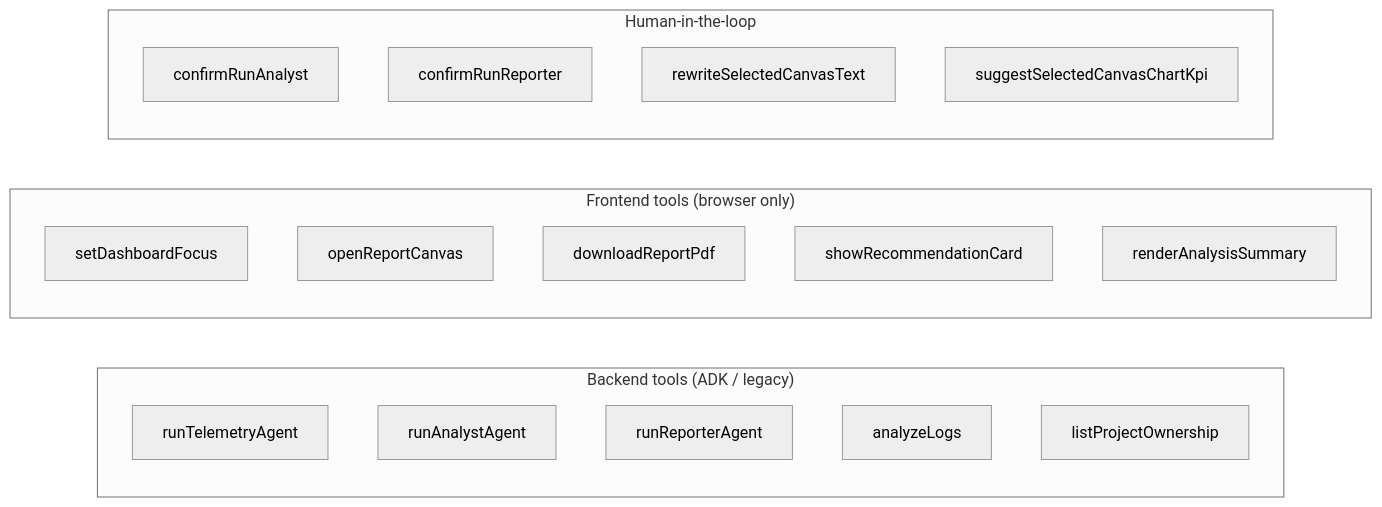
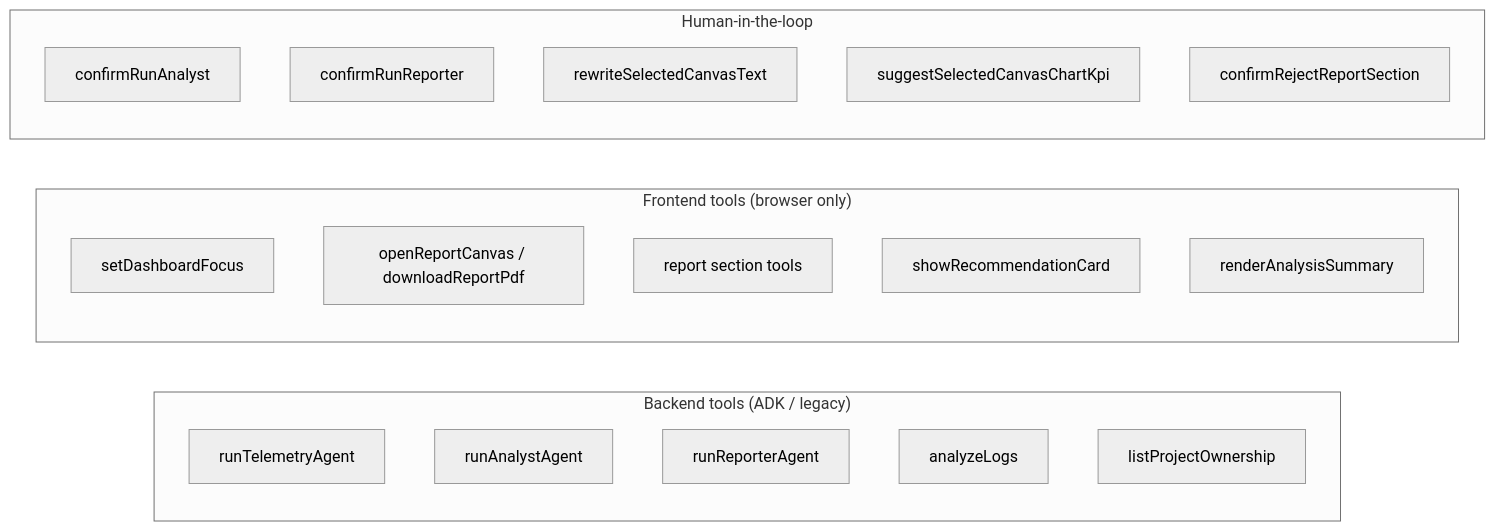
The third of 3 diagrams in docs/frontend/copilotkit.md (anuidev8/aiops-prime-copilot), drawn with Mermaid (neutral theme) before and after one commit. The commit also changed other lines of this file and 32 other files, not shown here.

````diff
--- a/docs/frontend/copilotkit.md
+++ b/docs/frontend/copilotkit.md
@@ -127,25 +127,26 @@
 ```mermaid
 flowchart LR
   subgraph Backend["Backend tools (ADK / legacy)"]
     T1["runTelemetryAgent"]
     T2["runAnalystAgent"]
     T3["runReporterAgent"]
     T4["analyzeLogs"]
     T5["listProjectOwnership"]
   end
 
   subgraph Frontend["Frontend tools (browser only)"]
     F1["setDashboardFocus"]
-    F2["openReportCanvas"]
-    F3["downloadReportPdf"]
+    F2["openReportCanvas / downloadReportPdf"]
+    F3["report section tools"]
     F4["showRecommendationCard"]
     F5["renderAnalysisSummary"]
   end
 
   subgraph HITL["Human-in-the-loop"]
     H1["confirmRunAnalyst"]
     H2["confirmRunReporter"]
     H3["rewriteSelectedCanvasText"]
     H4["suggestSelectedCanvasChartKpi"]
+    H5["confirmRejectReportSection"]
   end
 ```
````
